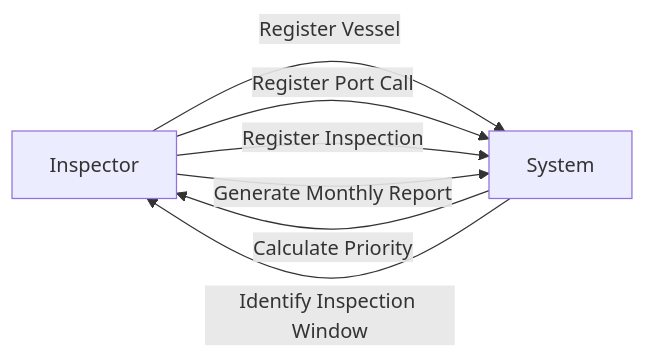
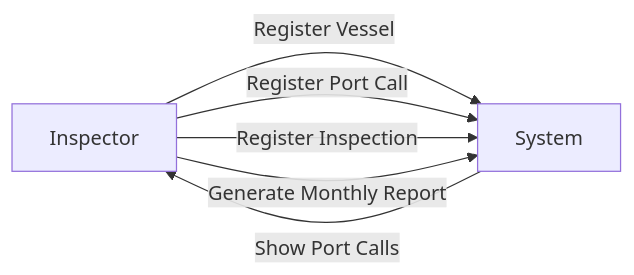
Before and after one commit to marcusteixeirabr/port-inspection-control: the second of 2 diagrams in README.md, drawn with Mermaid. The commit also changed other lines of this file, not shown here.

````diff
--- a/README.md
+++ b/README.md
@@ -151,10 +192,9 @@
 ```mermaid
 flowchart LR
 
 Inspector -->|Register Vessel| System
 Inspector -->|Register Port Call| System
 Inspector -->|Register Inspection| System
 Inspector -->|Generate Monthly Report| System
-System -->|Calculate Priority| Inspector
-System -->|Identify Inspection Window| Inspector
+System -->|Show Port Calls| Inspector
 ```
````
